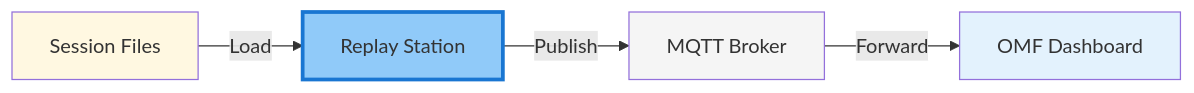
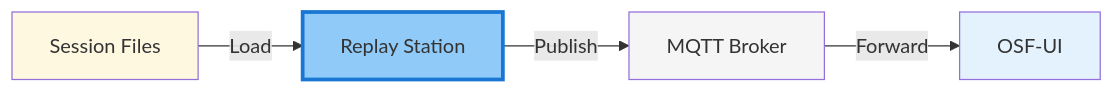
Before and after one commit to OliverBerger-ORBIS/ORBIS-Modellfabrik: the first of 2 diagrams in docs/04-howto/helper_apps/session-manager/replay-station.md, drawn with Mermaid. The commit also changed other lines of this file and 137 other files, not shown here.

````diff
--- a/docs/04-howto/helper_apps/session-manager/replay-station.md
+++ b/docs/04-howto/helper_apps/session-manager/replay-station.md
@@ -15,11 +15,11 @@
 ```mermaid
 graph LR
     A[Session Files] -->|Load| B[Replay Station]
     B -->|Publish| C[MQTT Broker]
-    C -->|Forward| D[OMF Dashboard]
+    C -->|Forward| D[OSF-UI]
     
     style A fill:#fff8e1
     style B fill:#90caf9,stroke:#1976d2,stroke-width:3px
     style C fill:#f5f5f5
     style D fill:#e3f2fd
 ```
````
